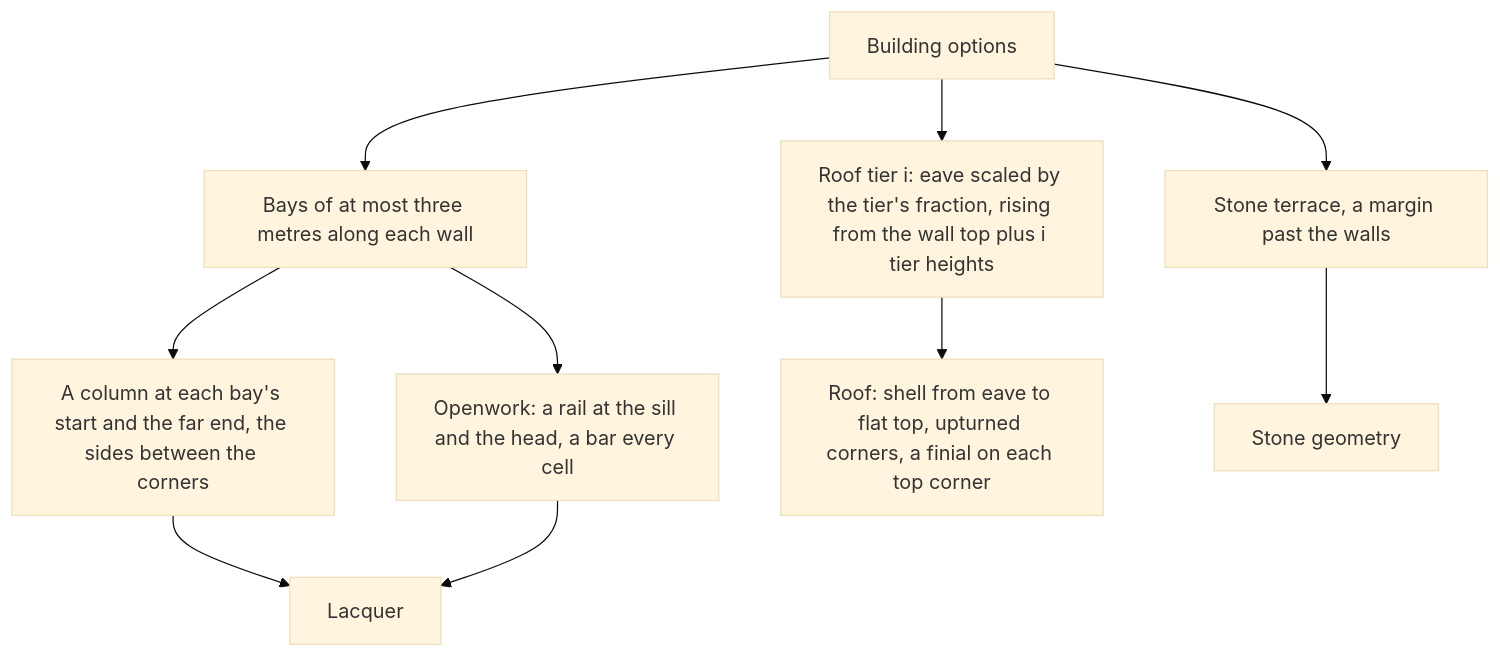
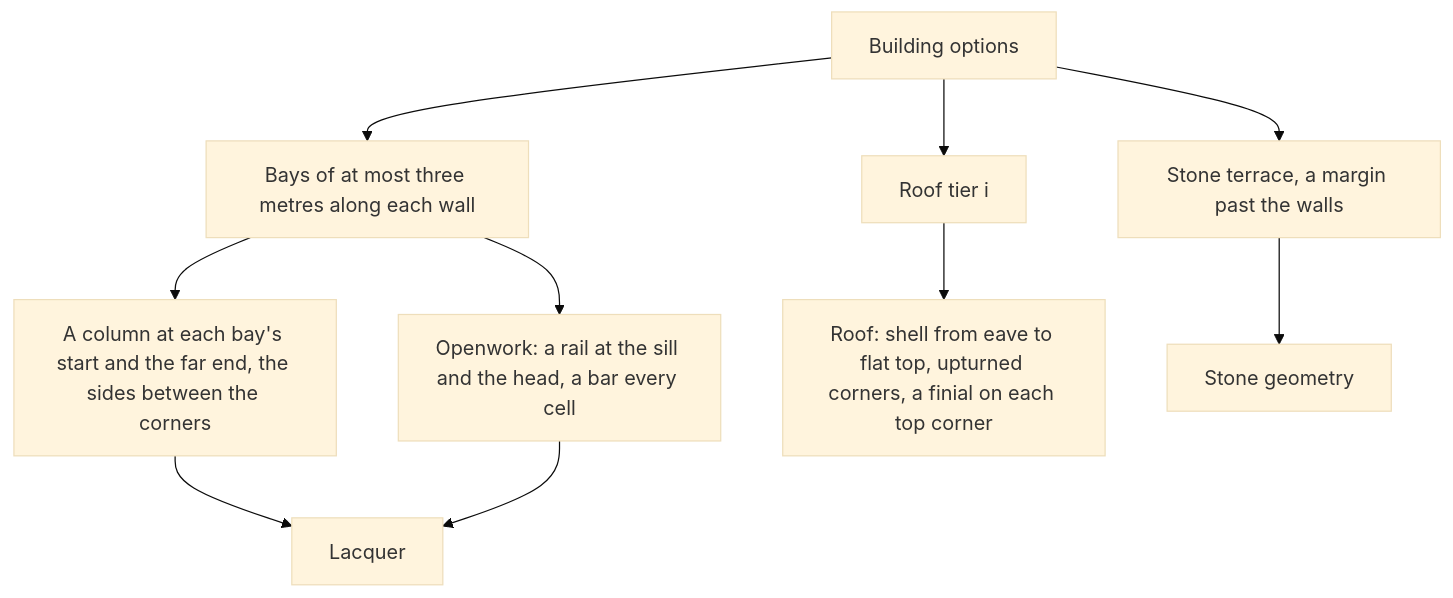
The diagram in openspec/specs/genshin/liyue-building-kit/design.md (Esposter/Esposter), drawn with Mermaid (base theme) before and after one commit. The commit also changed other lines of this file and 14 other files, not shown here.

````diff
--- a/openspec/specs/genshin/liyue-building-kit/design.md
+++ b/openspec/specs/genshin/liyue-building-kit/design.md
@@ -7,12 +7,12 @@
 ```mermaid
 flowchart TD
   OP[Building options] --> BAY[Bays of at most three metres along each wall]
   BAY --> COL[A column at each bay's start and the far end, the sides between the corners]
   OP --> TER[Stone terrace, a margin past the walls]
   COL --> LAC[Lacquer]
   BAY --> LAT[Openwork: a rail at the sill and the head, a bar every cell]
   LAT --> LAC
-  OP --> TIER[Roof tier i: eave scaled by the tier's fraction, rising from the wall top plus i tier heights]
+  OP --> TIER[Roof tier i]
   TIER --> ROOF[Roof: shell from eave to flat top, upturned corners, a finial on each top corner]
   TER --> STONE[Stone geometry]
 ```
````
